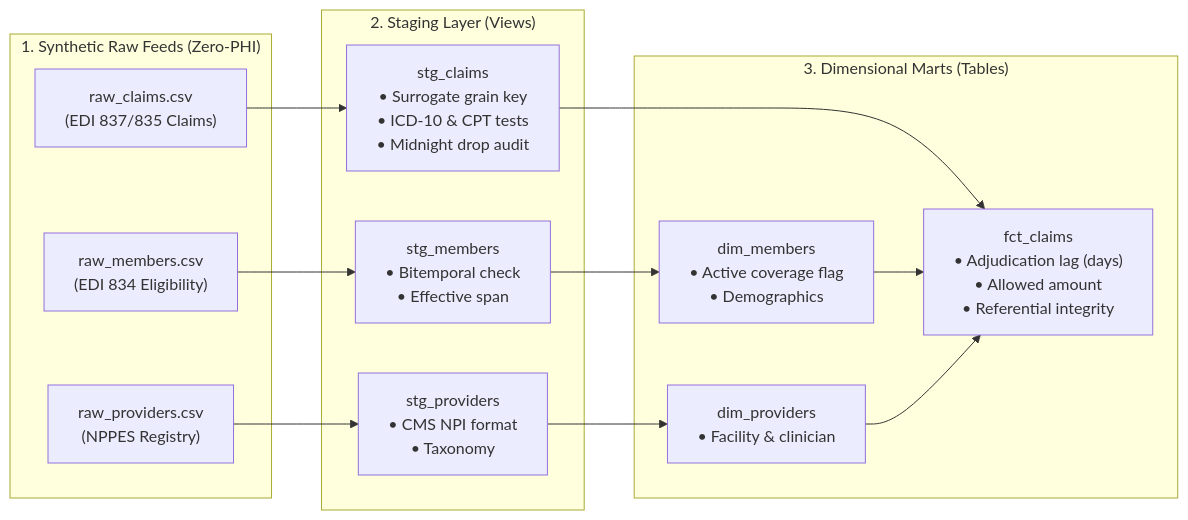
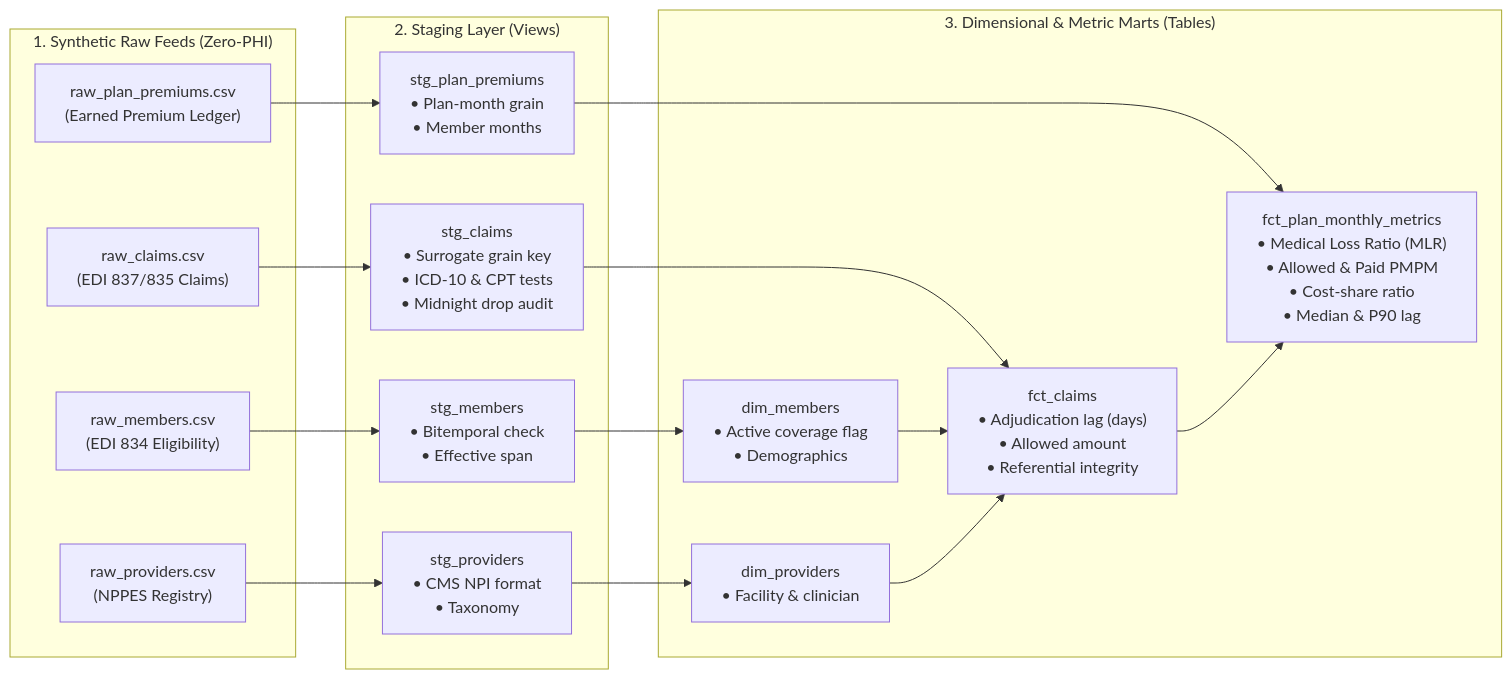
Before and after one commit to apratsunrthd/refhealth-starter-dbt-project: the diagram in README.md, drawn with Mermaid. The commit also changed other lines of this file and 10 other files, not shown here.

Commit message:
feat: add monthly financial and actuarial metrics mart (MLR, PMPM, lag percentiles) (#1)

````diff
--- a/README.md
+++ b/README.md
@@ -60,26 +60,31 @@
 ```mermaid
 flowchart LR
     subgraph Seeds["1. Synthetic Raw Feeds (Zero-PHI)"]
         S1["raw_members.csv<br/>(EDI 834 Eligibility)"]
         S2["raw_providers.csv<br/>(NPPES Registry)"]
         S3["raw_claims.csv<br/>(EDI 837/835 Claims)"]
+        S4["raw_plan_premiums.csv<br/>(Earned Premium Ledger)"]
     end
 
     subgraph Staging["2. Staging Layer (Views)"]
         STG1["stg_members<br/>• Bitemporal check<br/>• Effective span"]
         STG2["stg_providers<br/>• CMS NPI format<br/>• Taxonomy"]
         STG3["stg_claims<br/>• Surrogate grain key<br/>• ICD-10 & CPT tests<br/>• Midnight drop audit"]
+        STG4["stg_plan_premiums<br/>• Plan-month grain<br/>• Member months"]
     end
 
-    subgraph Marts["3. Dimensional Marts (Tables)"]
+    subgraph Marts["3. Dimensional & Metric Marts (Tables)"]
         D1["dim_members<br/>• Active coverage flag<br/>• Demographics"]
         D2["dim_providers<br/>• Facility & clinician"]
         F1["fct_claims<br/>• Adjudication lag (days)<br/>• Allowed amount<br/>• Referential integrity"]
+        F2["fct_plan_monthly_metrics<br/>• Medical Loss Ratio (MLR)<br/>• Allowed & Paid PMPM<br/>• Cost-share ratio<br/>• Median & P90 lag"]
     end
 
     S1 --> STG1 --> D1
     S2 --> STG2 --> D2
     S3 --> STG3 --> F1
+    S4 --> STG4 --> F2
     D1 --> F1
     D2 --> F1
+    F1 --> F2
 ```
````
